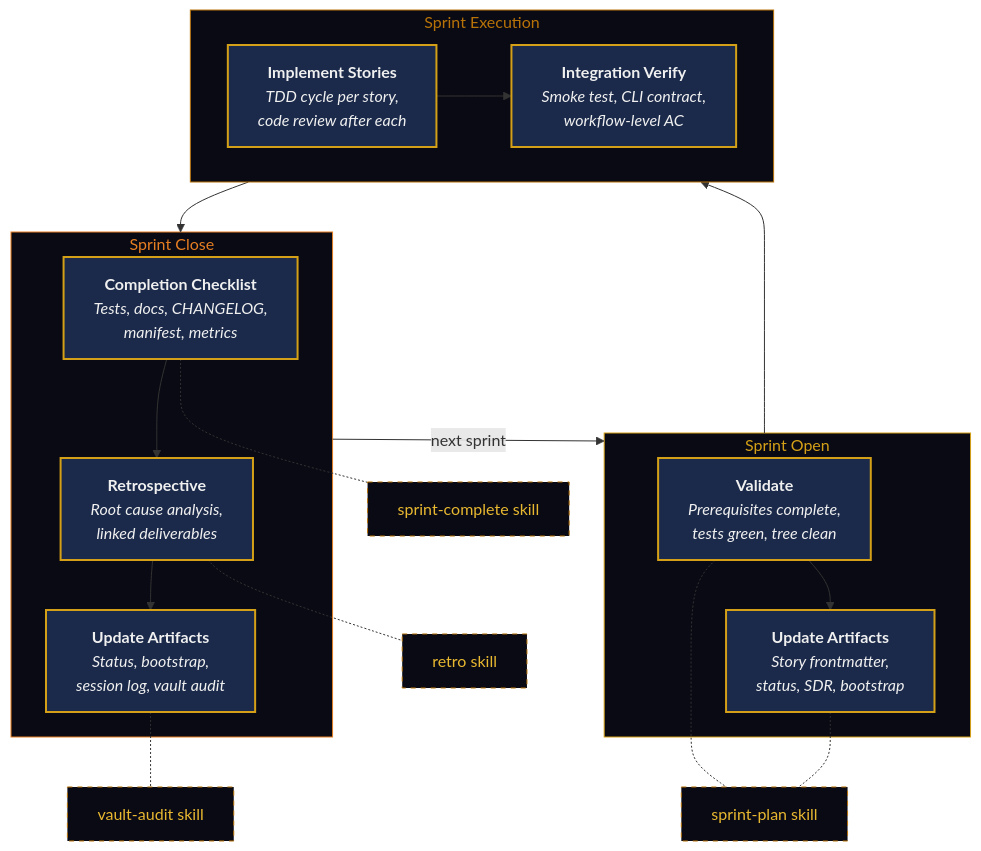
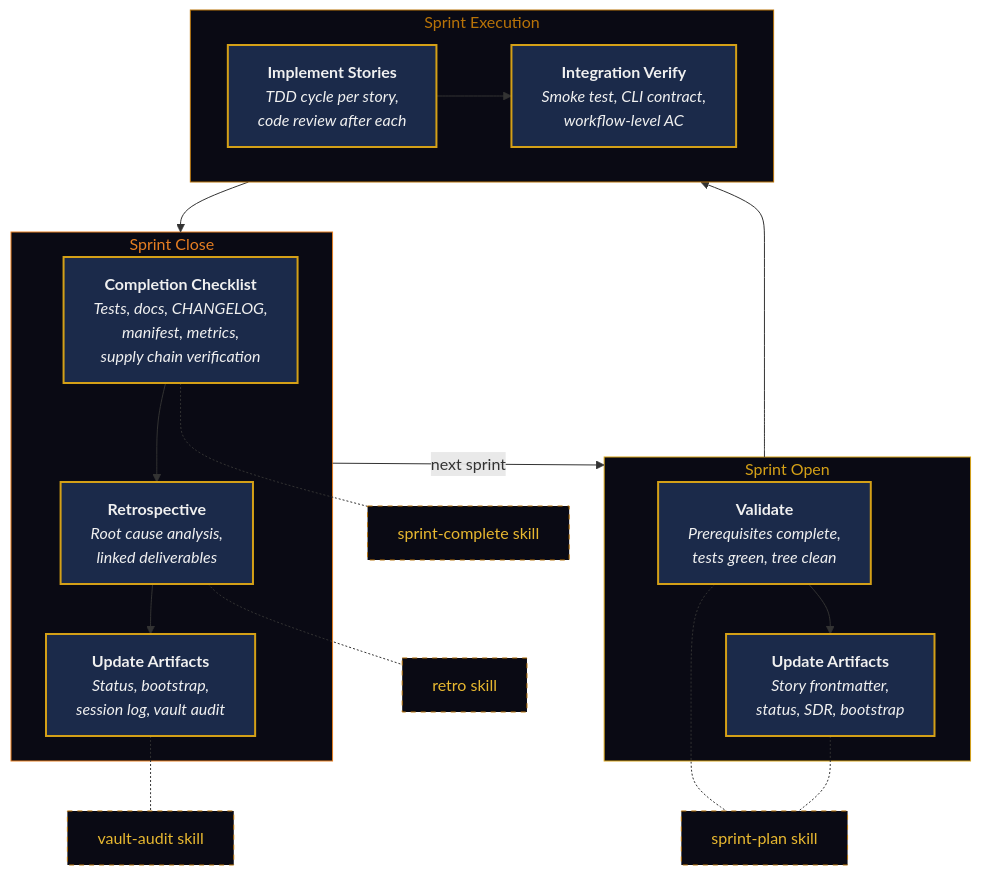
Before and after one commit to originalrgsec/open-workspace-builder: the third of 4 diagrams in docs/reference/lifecycle.md, drawn with Mermaid. The commit also changed other lines of this file and 6 other files, not shown here.

````diff
--- a/docs/reference/lifecycle.md
+++ b/docs/reference/lifecycle.md
@@ -70,37 +70,37 @@
 ```mermaid
 graph TD
     subgraph open ["Sprint Open"]
         O1["<b>Validate</b><br/><i>Prerequisites complete,<br/>tests green, tree clean</i>"]:::step
         O2["<b>Update Artifacts</b><br/><i>Story frontmatter,<br/>status, SDR, bootstrap</i>"]:::step
         O1 --> O2
     end
 
     subgraph build ["Sprint Execution"]
         B1["<b>Implement Stories</b><br/><i>TDD cycle per story,<br/>code review after each</i>"]:::step
         B2["<b>Integration Verify</b><br/><i>Smoke test, CLI contract,<br/>workflow-level AC</i>"]:::step
         B1 --> B2
     end
 
     subgraph close ["Sprint Close"]
-        C1["<b>Completion Checklist</b><br/><i>Tests, docs, CHANGELOG,<br/>manifest, metrics</i>"]:::step
+        C1["<b>Completion Checklist</b><br/><i>Tests, docs, CHANGELOG,<br/>manifest, metrics,<br/>supply chain verification</i>"]:::step
         C2["<b>Retrospective</b><br/><i>Root cause analysis,<br/>linked deliverables</i>"]:::step
         C3["<b>Update Artifacts</b><br/><i>Status, bootstrap,<br/>session log, vault audit</i>"]:::step
         C1 --> C2 --> C3
     end
 
     open --> build --> close
     close -->|"next sprint"| open
 
     O1 -.- sprint_plan["sprint-plan skill"]:::skill
     O2 -.- sprint_plan
     C1 -.- sprint_complete["sprint-complete skill"]:::skill
     C2 -.- retro_skill["retro skill"]:::skill
     C3 -.- vault_audit["vault-audit skill"]:::skill
 
     classDef step fill:#1B2A4A,color:#F0F0F0,stroke:#D4A017,stroke-width:2px
     classDef skill fill:#0A0A14,color:#E8B830,stroke:#B87308,stroke-width:1px,stroke-dasharray:5 5
 
     style open fill:#0A0A14,stroke:#D4A017,stroke-width:1px,color:#D4A017
     style build fill:#0A0A14,stroke:#B87308,stroke-width:1px,color:#B87308
     style close fill:#0A0A14,stroke:#E67E22,stroke-width:1px,color:#E67E22
 ```
````
